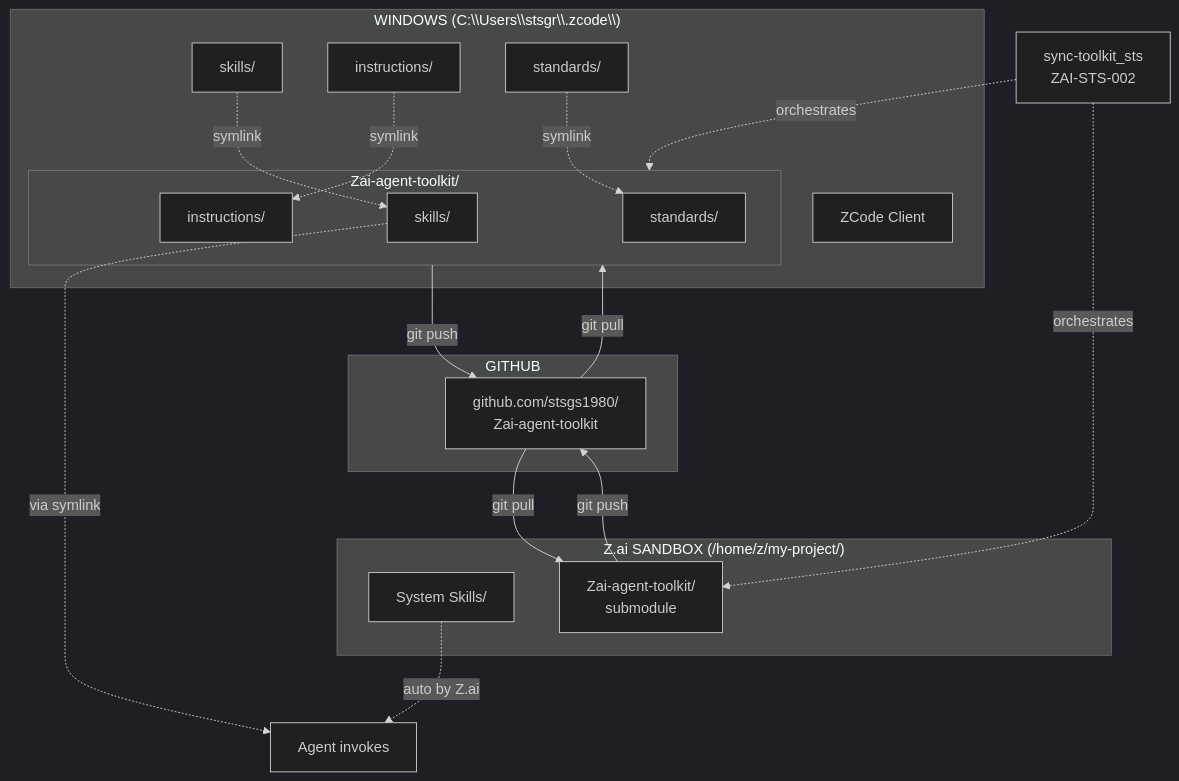
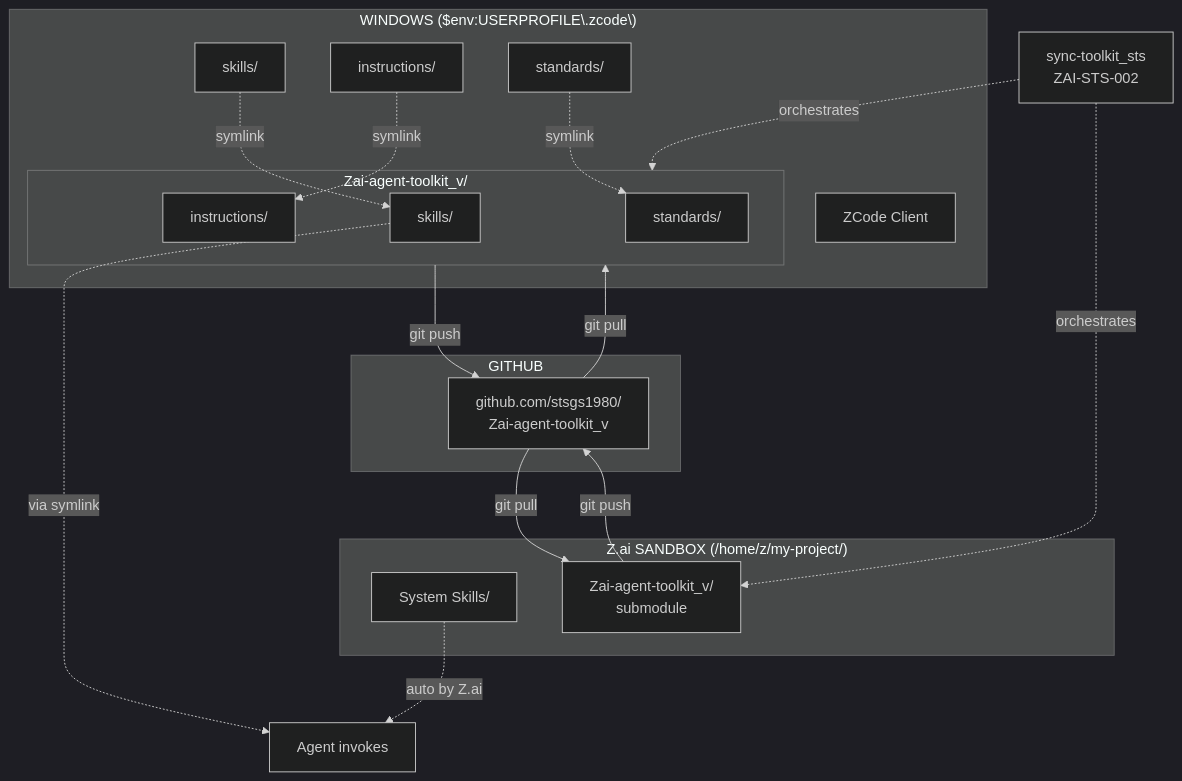
Before and after one commit to stsgs1980/Zai-agent-toolkit: the seventh of 7 diagrams in docs/SKILL_PROCESSES.md, drawn with Mermaid (dark theme). The commit also changed other lines of this file and 19 other files, not shown here.

````diff
--- a/docs/SKILL_PROCESSES.md
+++ b/docs/SKILL_PROCESSES.md
@@ -291,43 +291,43 @@
 ```mermaid
 flowchart TB
-    subgraph Windows["WINDOWS (C:\\Users\\stsgr\\.zcode\\)"]
+    subgraph Windows["WINDOWS ($env:USERPROFILE\.zcode\)"]
         A[ZCode Client]
         B[skills/]
         C[instructions/]
         D[standards/]
 
         B -.->|symlink| E
         C -.->|symlink| F
         D -.->|symlink| G
 
-        subgraph LocalToolkit["Zai-agent-toolkit/"]
+        subgraph LocalToolkit["Zai-agent-toolkit_v/"]
             E[skills/]
             F[instructions/]
             G[standards/]
         end
     end
 
     subgraph GitHub["GITHUB"]
-        H[github.com/stsgs1980/<br>Zai-agent-toolkit]
+        H[github.com/stsgs1980/<br>Zai-agent-toolkit_v]
     end
 
     subgraph Sandbox["Z.ai SANDBOX (/home/z/my-project/)"]
         I[System Skills/]
-        J[Zai-agent-toolkit/<br>submodule]
+        J[Zai-agent-toolkit_v/<br>submodule]
     end
 
     %% Sync flows
     LocalToolkit -->|"git push"| H
     H -->|"git pull"| LocalToolkit
 
     J -->|"git push"| H
     H -->|"git pull"| J
 
     I -.->|"auto by Z.ai"| K[Agent invokes]
     E -.->|"via symlink"| K
 
     %% Labels
     L[sync-toolkit_sts<br>ZAI-STS-002]
     L -.->|orchestrates| LocalToolkit
     L -.->|orchestrates| J
 ```
````
